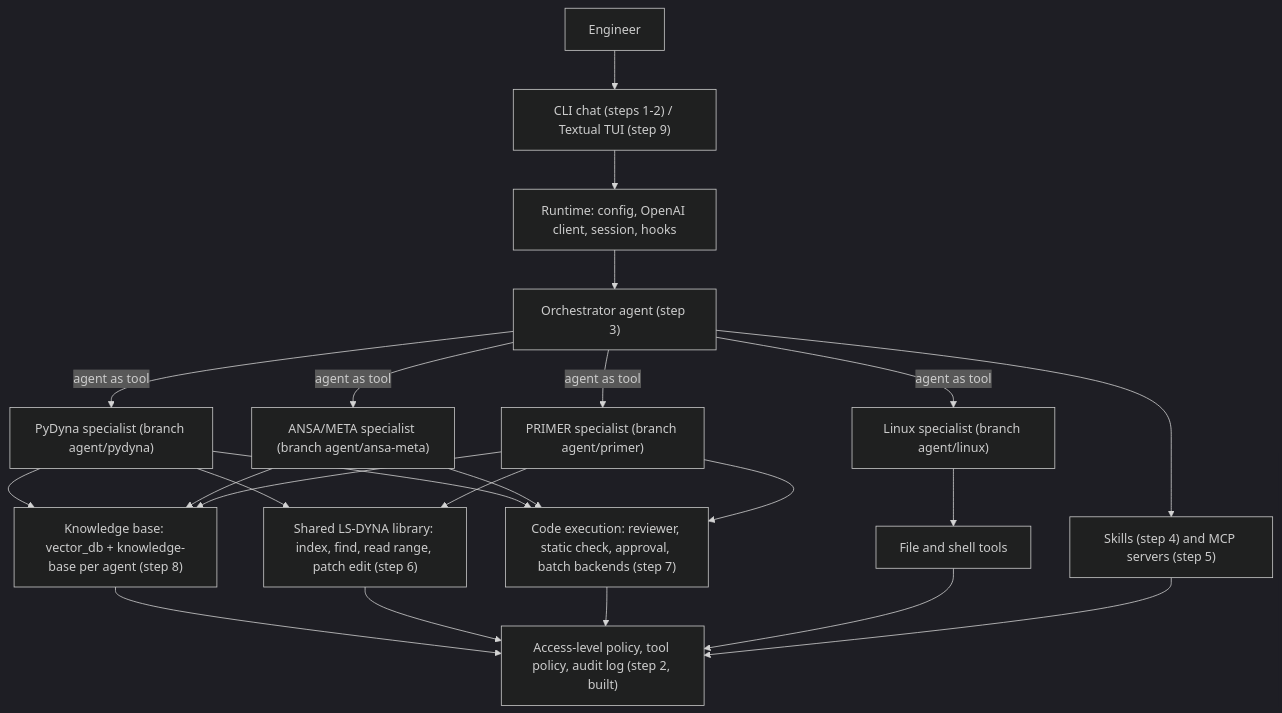
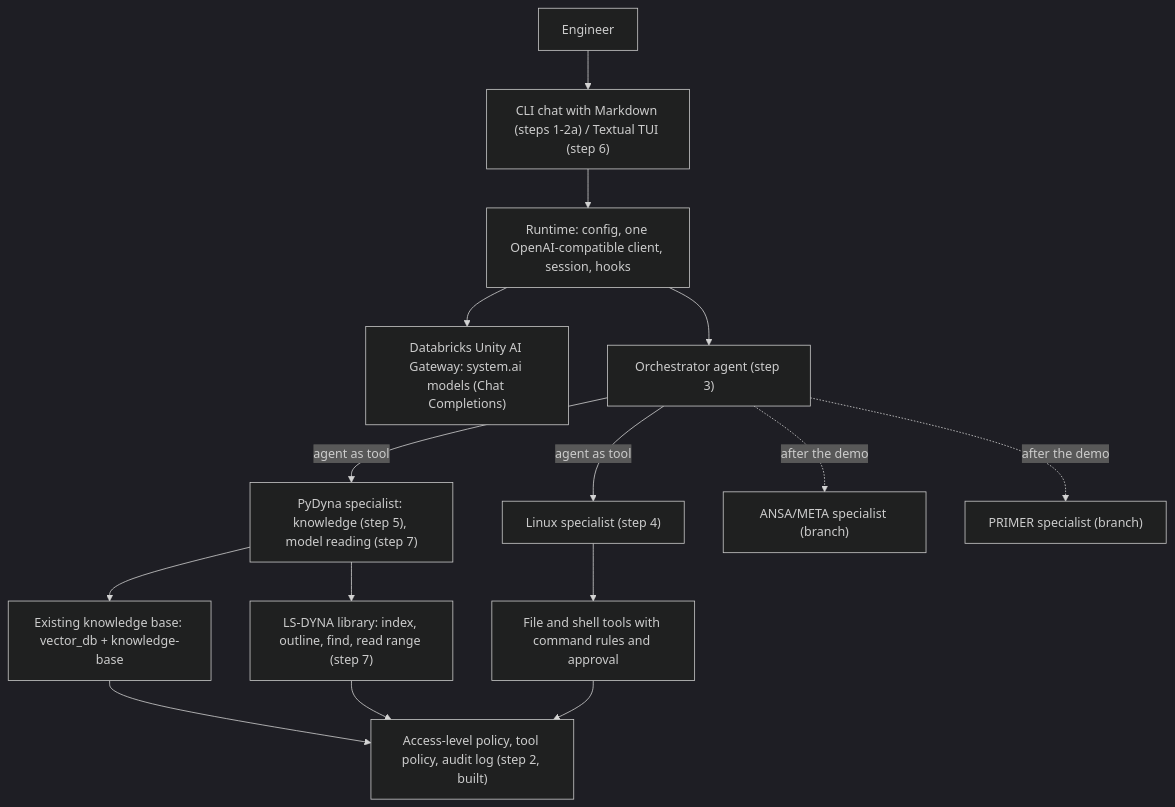
One commit to ManojMalavkar/Champion changed the diagram in docs/REPORT.md. Above: the diagram before and after it, drawn with Mermaid (dark theme). The commit also changed other lines of this file and 5 other files, not shown here.

First line of the commit message:
Step 2a: Markdown answers in the terminal, report update, 115 tests

````diff
--- a/docs/REPORT.md
+++ b/docs/REPORT.md
@@ -26,16 +26,15 @@
 ```mermaid
 flowchart TD
-    U[Engineer] --> UI["CLI chat (steps 1-2) / Textual TUI (step 9)"]
-    UI --> RT["Runtime: config, OpenAI client, session, hooks"]
+    U[Engineer] --> UI["CLI chat with Markdown (steps 1-2a) / Textual TUI (step 6)"]
+    UI --> RT["Runtime: config, one OpenAI-compatible client, session, hooks"]
+    RT --> GW["Databricks Unity AI Gateway: system.ai models (Chat Completions)"]
     RT --> ORC["Orchestrator agent (step 3)"]
-    ORC -->|agent as tool| LX["Linux specialist (branch agent/linux)"]
-    ORC -->|agent as tool| PD["PyDyna specialist (branch agent/pydyna)"]
-    ORC -->|agent as tool| AM["ANSA/META specialist (branch agent/ansa-meta)"]
-    ORC -->|agent as tool| PR["PRIMER specialist (branch agent/primer)"]
-    PD & AM & PR --> KB["Knowledge base: vector_db + knowledge-base per agent (step 8)"]
-    PD & PR --> MF["Shared LS-DYNA library: index, find, read range, patch edit (step 6)"]
-    PD & AM & PR --> EX["Code execution: reviewer, static check, approval, batch backends (step 7)"]
-    LX --> SH["File and shell tools"]
-    ORC --> SK["Skills (step 4) and MCP servers (step 5)"]
-    KB & MF & EX & SH & SK --> POL["Access-level policy, tool policy, audit log (step 2, built)"]
+    ORC -->|agent as tool| LX["Linux specialist (step 4)"]
+    ORC -->|agent as tool| PD["PyDyna specialist: knowledge (step 5), model reading (step 7)"]
+    ORC -.->|after the demo| AM["ANSA/META specialist (branch)"]
+    ORC -.->|after the demo| PR["PRIMER specialist (branch)"]
+    PD --> KB["Existing knowledge base: vector_db + knowledge-base"]
+    PD --> MF["LS-DYNA library: index, outline, find, read range (step 7)"]
+    LX --> SH["File and shell tools with command rules and approval"]
+    KB & MF & SH --> POL["Access-level policy, tool policy, audit log (step 2, built)"]
 ```
````
